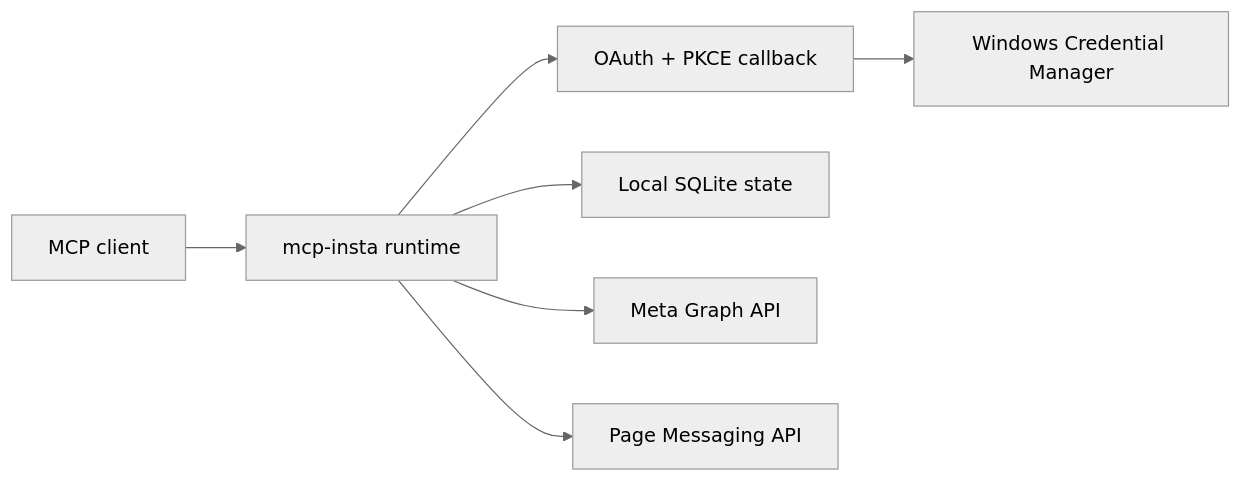
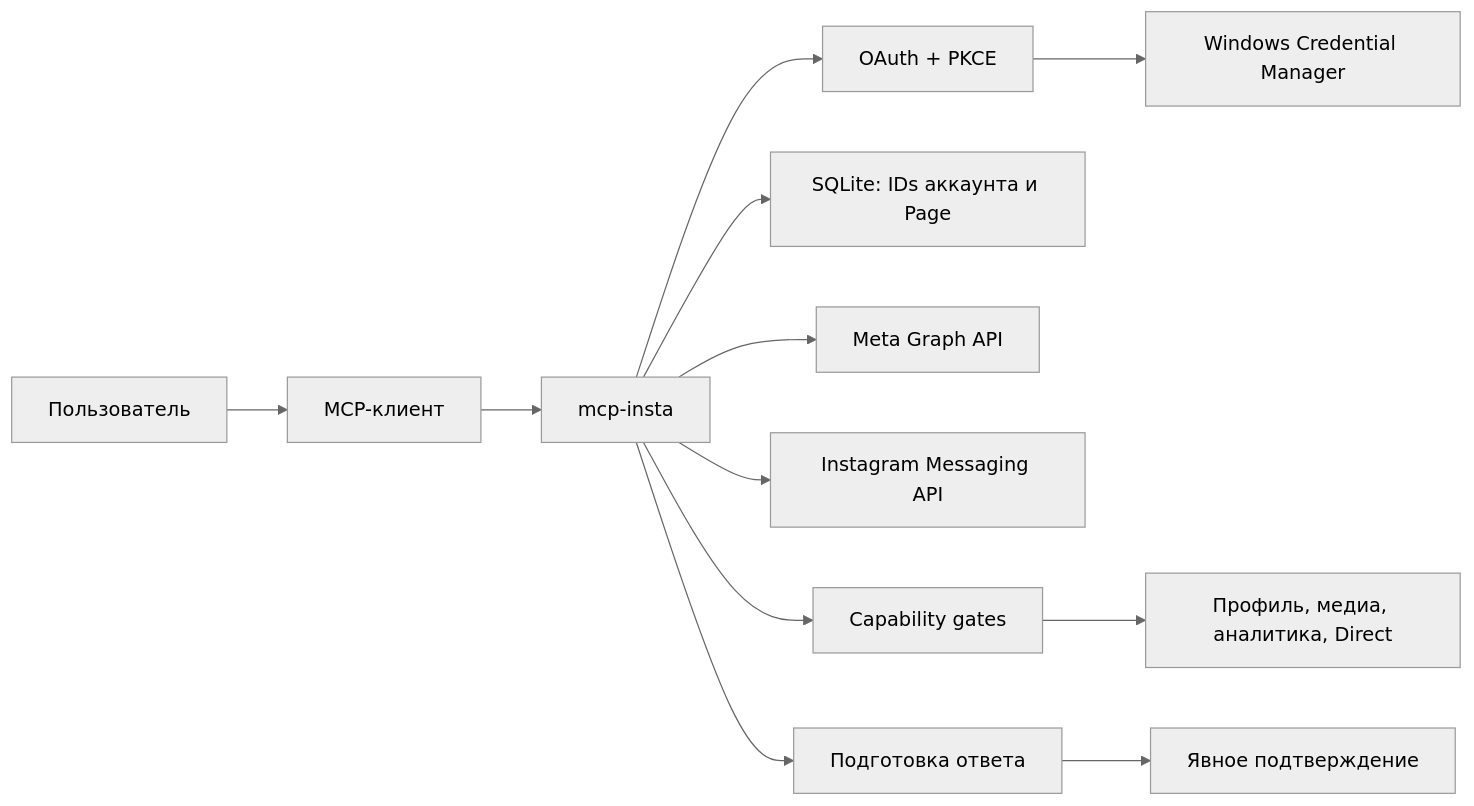
The diagram in README.md (lstunn25ai/mcp-insta), drawn with Mermaid (neutral theme) before and after one commit. The commit also changed other lines of this file and 1 other file, not shown here.

````diff
--- a/README.md
+++ b/README.md
@@ -22,9 +22,14 @@
 ```mermaid
 flowchart LR
-  Client["MCP client"] --> Server["mcp-insta runtime"]
-  Server --> OAuth["OAuth + PKCE callback"]
-  OAuth --> Creds["Windows Credential Manager"]
-  Server --> State["Local SQLite state"]
-  Server --> Graph["Meta Graph API"]
-  Server --> Direct["Page Messaging API"]
+  User["Пользователь"] --> Client["MCP-клиент"]
+  Client --> Runtime["mcp-insta"]
+  Runtime --> Auth["OAuth + PKCE"]
+  Auth --> Credentials["Windows Credential Manager"]
+  Runtime --> State["SQLite: IDs аккаунта и Page"]
+  Runtime --> Graph["Meta Graph API"]
+  Runtime --> Messaging["Instagram Messaging API"]
+  Runtime --> Gates["Capability gates"]
+  Gates --> Reads["Профиль, медиа, аналитика, Direct"]
+  Runtime --> Prepare["Подготовка ответа"]
+  Prepare --> Confirm["Явное подтверждение"]
 ```
````
